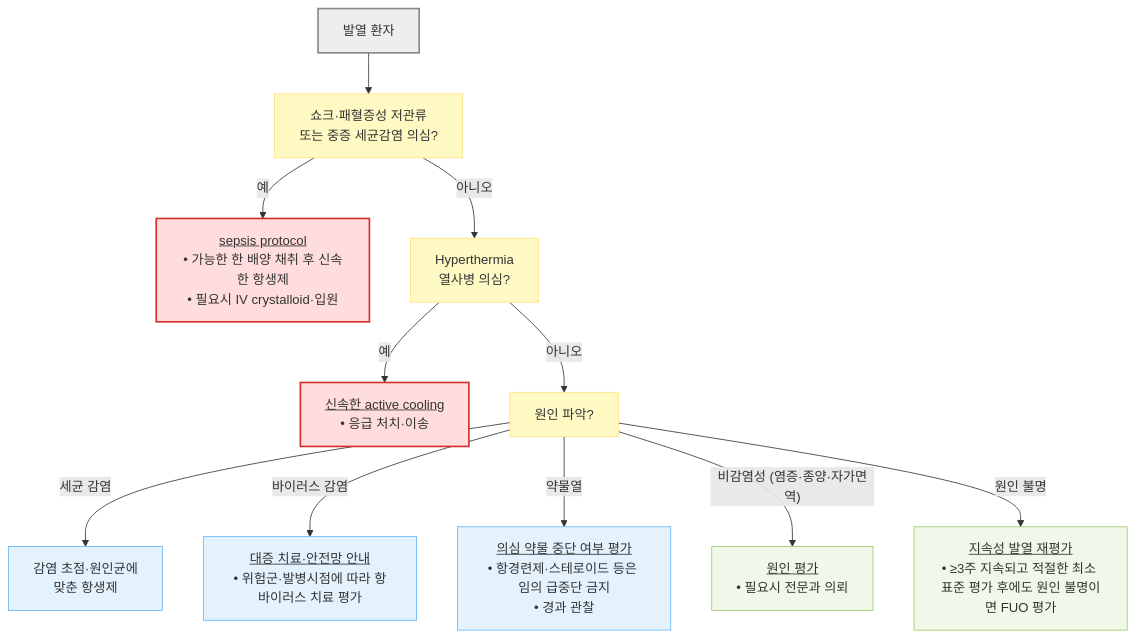
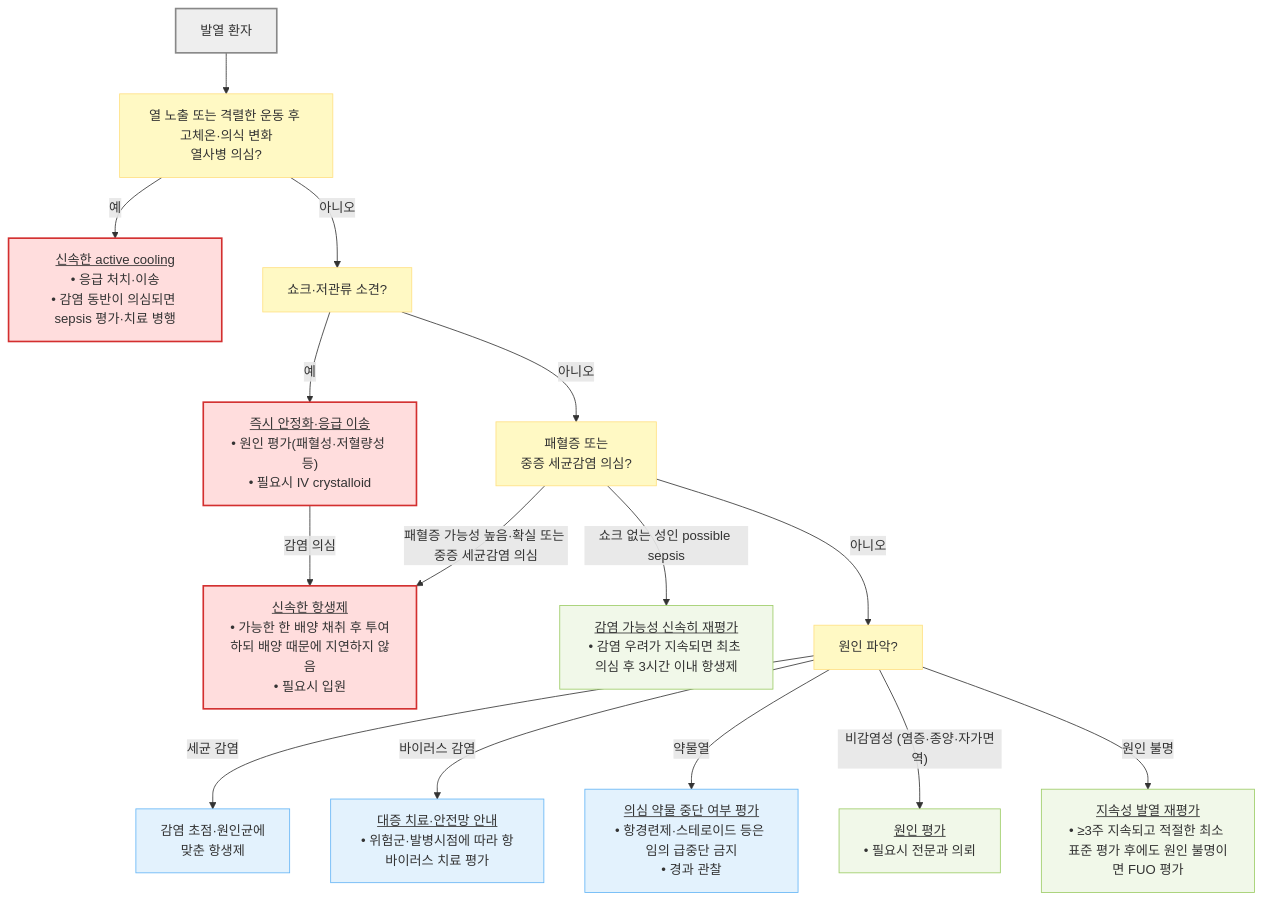
Before and after one commit to familyoh77/familyoh77: the second of 2 diagrams in 220_/011_-fever.md, drawn with Mermaid. The commit also changed other lines of this file, not shown here.

````diff
--- a/220_/011_-fever.md
+++ b/220_/011_-fever.md
@@ -273,24 +277,28 @@
 ```mermaid
 flowchart TD
-    A["발열 환자"] --> B["쇼크·패혈증성 저관류<br/>또는 중증 세균감염 의심?"]
-    B -- "예" --> C["<u>sepsis protocol</u><br/>• 가능한 한 배양 채취 후 신속한 항생제<br/>• 필요시 IV crystalloid·입원"]
-    B -- "아니오" --> D["Hyperthermia<br/>열사병 의심?"]
-    D -- "예" --> E["<u>신속한 active cooling</u><br/>• 응급 처치·이송"]
-    D -- "아니오" --> F["원인 파악?"]
+    A["발열 환자"] --> D["열 노출 또는 격렬한 운동 후 고체온·의식 변화<br/>열사병 의심?"]
+    D -- "예" --> E["<u>신속한 active cooling</u><br/>• 응급 처치·이송<br/>• 감염 동반이 의심되면 sepsis 평가·치료 병행"]
+    D -- "아니오" --> B["쇼크·저관류 소견?"]
+    B -- "예" --> C["<u>즉시 안정화·응급 이송</u><br/>• 원인 평가(패혈성·저혈량성 등)<br/>• 필요시 IV crystalloid"]
+    C -- "감염 의심" --> SP
+    B -- "아니오" --> S["패혈증 또는<br/>중증 세균감염 의심?"]
+    S -- "패혈증 가능성 높음·확실 또는 중증 세균감염 의심" --> SP["<u>신속한 항생제</u><br/>• 가능한 한 배양 채취 후 투여하되 배양 때문에 지연하지 않음<br/>• 필요시 입원"]
+    S -- "쇼크 없는 성인 possible sepsis" --> R["<u>감염 가능성 신속히 재평가</u><br/>• 감염 우려가 지속되면 최초 의심 후 3시간 이내 항생제"]
+    S -- "아니오" --> F["원인 파악?"]
     F -- "세균 감염" --> G["감염 초점·원인균에<br/>맞춘 항생제"]
     F -- "바이러스 감염" --> H["<u>대증 치료·안전망 안내</u><br/>• 위험군·발병시점에 따라 항바이러스 치료 평가"]
     F -- "약물열" --> I["<u>의심 약물 중단 여부 평가</u><br/>• 항경련제·스테로이드 등은 임의 급중단 금지<br/>• 경과 관찰"]
     F -- "비감염성 (염증·종양·자가면역)" --> J["<u>원인 평가</u><br/>• 필요시 전문과 의뢰"]
     F -- "원인 불명" --> K["<u>지속성 발열 재평가</u><br/>• ≥3주 지속되고 적절한 최소 표준 평가 후에도 원인 불명이면 FUO 평가"]
 
     classDef start fill:#eeeeee,stroke:#888888,stroke-width:2px
     classDef question fill:#fff9c4,stroke:#ffe082
     classDef emergency fill:#ffdddd,stroke:#d32f2f,stroke-width:2px
     classDef evaluation fill:#f1f8e9,stroke:#9ccc65
     classDef treatment fill:#e3f2fd,stroke:#64b5f6
     class A start
-    class B,D,F question
-    class C,E emergency
-    class J,K evaluation
+    class B,S,D,F question
+    class C,SP,E emergency
+    class J,K,R evaluation
     class G,H,I treatment
 ```
````
